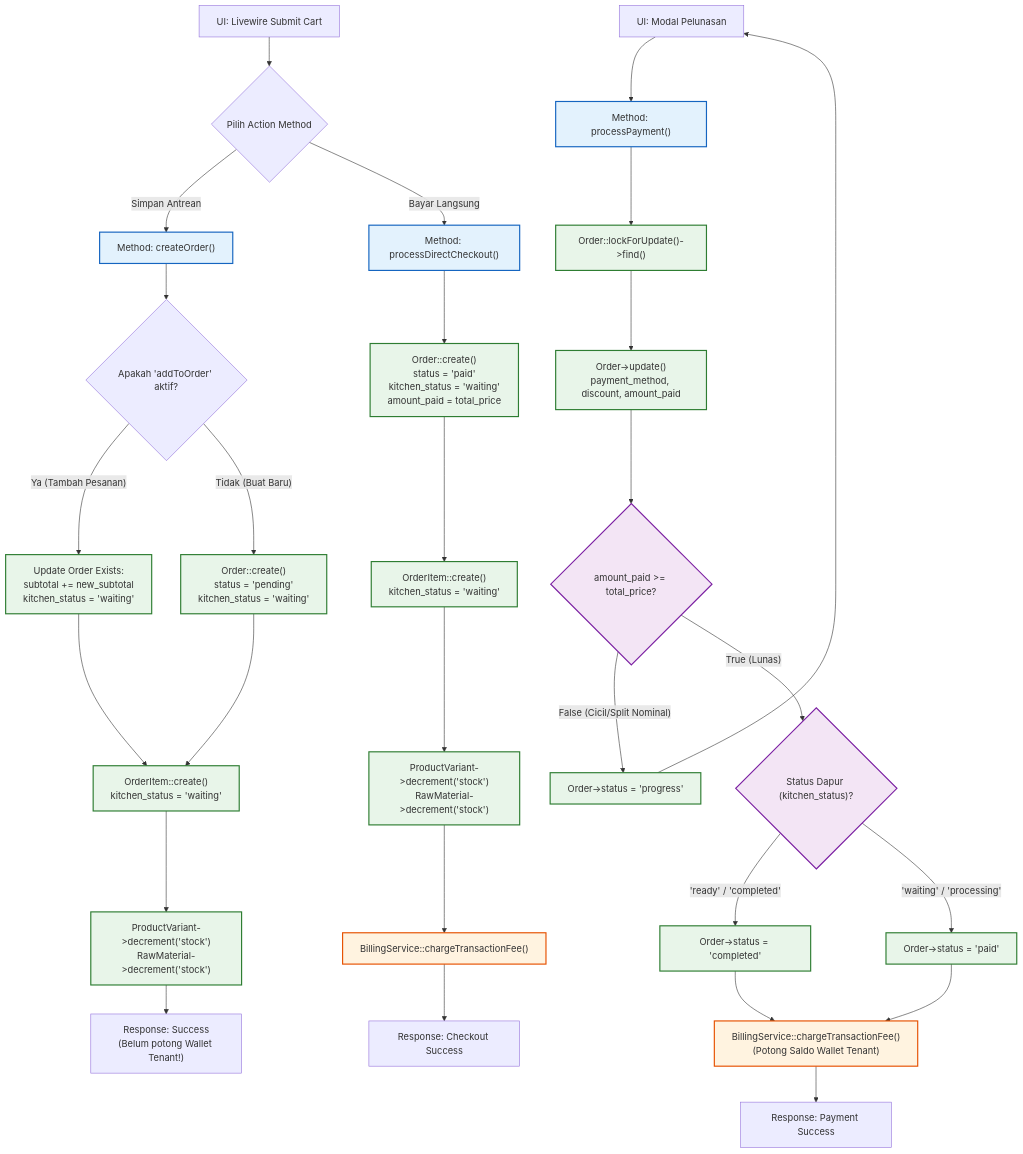
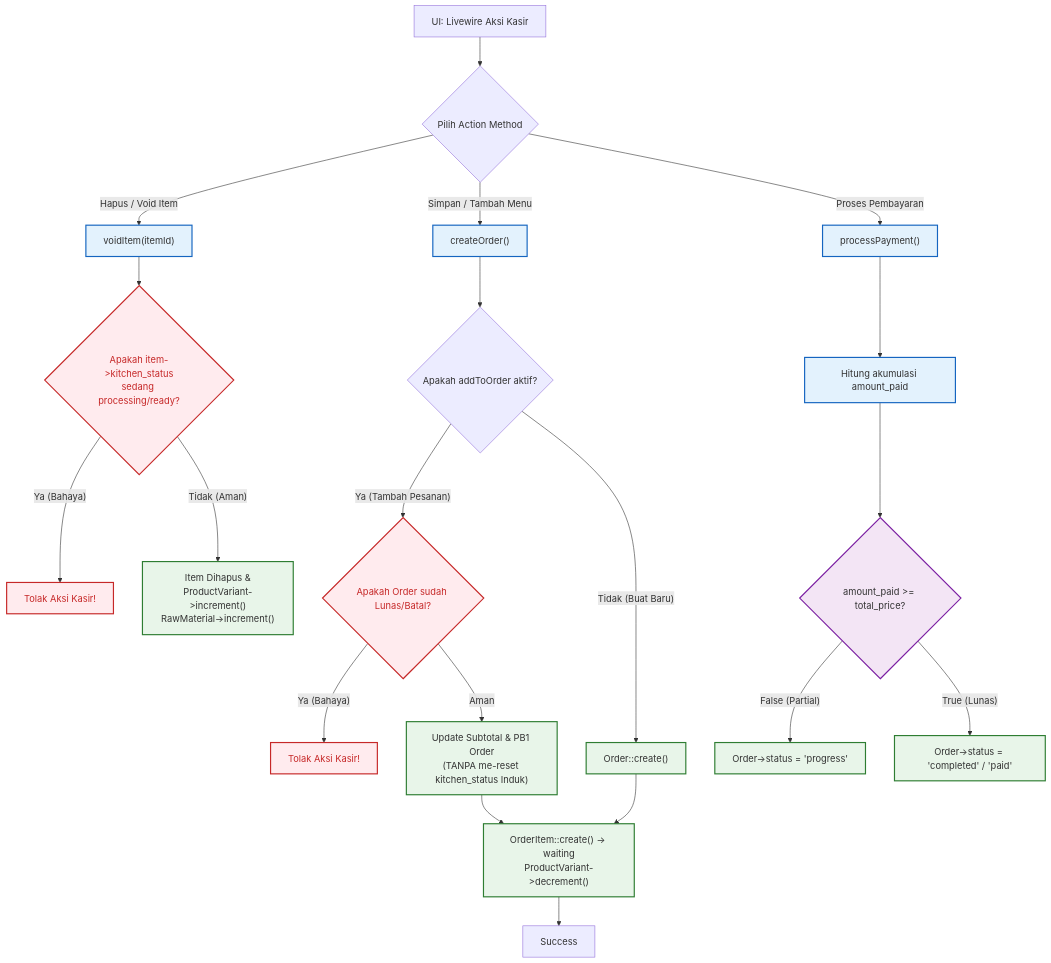
One commit to ngopikode/pakaiapp-dash changed the second of 2 diagrams in POS_RESTO_FLOWCHART_ANAYSIS.md. Above: the diagram before and after it, drawn with Mermaid. The commit also changed other lines of this file and 1 other file, not shown here.

Commit message:
docs: update POS flowcharts to reflect new enterprise features and validations

````diff
--- a/POS_RESTO_FLOWCHART_ANAYSIS.md
+++ b/POS_RESTO_FLOWCHART_ANAYSIS.md
@@ -96,60 +80,43 @@
 ```mermaid
 flowchart TD
     %% Styling
     classDef method fill:#e3f2fd,stroke:#1565c0,stroke-width:2px;
     classDef db fill:#e8f5e9,stroke:#2e7d32,stroke-width:2px;
-    classDef svc fill:#fff3e0,stroke:#e65100,stroke-width:2px;
     classDef check fill:#f3e5f5,stroke:#7b1fa2,stroke-width:2px;
-    classDef warning fill:#ffebee,stroke:#c62828,stroke-width:2px,color:#c62828;
+    classDef security fill:#ffebee,stroke:#c62828,stroke-width:2px,color:#c62828;
 
-    UI[UI: Livewire Submit Cart] --> Branch{Pilih Action Method}
+    UI[UI: Livewire Aksi Kasir] --> Branch{Pilih Action Method}
 
     %% ==========================================
-    %% JALUR A: createOrder() -> OPEN BILL
+    %% JALUR VOID & KEAMANAN
     %% ==========================================
-    Branch -- "Simpan Antrean" --> M1["Method: createOrder()"]:::method
+    Branch -- "Hapus / Void Item" --> M_Void["voidItem(itemId)"]:::method
+    M_Void --> CekFraud1{"Apakah item->kitchen_status<br>sedang processing/ready?"}:::security
+    CekFraud1 -- "Ya (Bahaya)" --> Reject1["Tolak Aksi Kasir!"]:::security
+    CekFraud1 -- "Tidak (Aman)" --> RestoreStock["Item Dihapus &<br>ProductVariant->increment()<br>RawMaterial->increment()"]:::db
     
-    M1 --> CekEdit{Apakah 'addToOrder' aktif?}
+    %% ==========================================
+    %% JALUR CREATE / TAMBAH MENU
+    %% ==========================================
+    Branch -- "Simpan / Tambah Menu" --> M1["createOrder()"]:::method
+    M1 --> CekEdit{Apakah addToOrder aktif?}
     
-    %% Jika Tambah Pesanan
-    CekEdit -- "Ya (Tambah Pesanan)" --> M1_A["Update Order Exists:<br/>subtotal += new_subtotal<br/>kitchen_status = 'waiting'"]:::db
+    CekEdit -- "Ya (Tambah Pesanan)" --> CekFraud2{"Apakah Order sudah Lunas/Batal?"}:::security
+    CekFraud2 -- "Ya (Bahaya)" --> Reject2["Tolak Aksi Kasir!"]:::security
+    CekFraud2 -- "Aman" --> M1_A["Update Subtotal & PB1 Order<br/>(TANPA me-reset kitchen_status Induk)"]:::db
     
-    %% Jika Buat Baru
-    CekEdit -- "Tidak (Buat Baru)" --> M1_B["Order::create()<br/>status = 'pending'<br/>kitchen_status = 'waiting'"]:::db
+    CekEdit -- "Tidak (Buat Baru)" --> M1_B["Order::create()"]:::db
     
-    M1_A --> DB_Items1
-    M1_B --> DB_Items1
-    
-    DB_Items1["OrderItem::create()<br/>kitchen_status = 'waiting'"]:::db --> DB_Stock1
-    
-    DB_Stock1["ProductVariant->decrement('stock')<br/>RawMaterial->decrement('stock')"]:::db --> SelesaiA["Response: Success<br/>(Belum potong Wallet Tenant!)"]
-
-    %% Pelunasan Open Bill
-    UIPay[UI: Modal Pelunasan] --> M3["Method: processPayment()"]:::method
-    M3 --> DB_Lock["Order::lockForUpdate()->find()"]:::db
-    DB_Lock --> DB_PayUpdate["Order->update()<br/>payment_method, discount, amount_paid"]:::db
-    
-    DB_PayUpdate --> CheckPaid{"amount_paid >= total_price?"}:::check
-    
-    CheckPaid -- "False (Cicil/Split Nominal)" --> SplitDB["Order->status = 'progress'"]:::db
-    SplitDB --> UIPay
-    
-    CheckPaid -- "True (Lunas)" --> StatusLunas{"Status Dapur (kitchen_status)?"}:::check
-    StatusLunas -- "'ready' / 'completed'" --> DB_Compl["Order->status = 'completed'"]:::db
-    StatusLunas -- "'waiting' / 'processing'" --> DB_Paid["Order->status = 'paid'"]:::db
-    
-    DB_Compl --> SVC1
-    DB_Paid --> SVC1
-    
-    SVC1["BillingService::chargeTransactionFee()<br/>(Potong Saldo Wallet Tenant)"]:::svc --> SelesaiA2["Response: Payment Success"]
+    M1_A --> DB_Items
+    M1_B --> DB_Items
+    DB_Items["OrderItem::create() -> waiting<br/>ProductVariant->decrement()"]:::db --> SelesaiCreate["Success"]
 
     %% ==========================================
-    %% JALUR B: processDirectCheckout() -> BAYAR LANGSUNG
+    %% JALUR PELUNASAN / PARTIAL
     %% ==========================================
-    Branch -- "Bayar Langsung" --> M4["Method: processDirectCheckout()"]:::method
-    M4 --> DB_CreateDirect["Order::create()<br/>status = 'paid'<br/>kitchen_status = 'waiting'<br/>amount_paid = total_price"]:::db
-    DB_CreateDirect --> DB_Items2["OrderItem::create()<br/>kitchen_status = 'waiting'"]:::db
-    DB_Items2 --> DB_Stock2["ProductVariant->decrement('stock')<br/>RawMaterial->decrement('stock')"]:::db
-    DB_Stock2 --> SVC2["BillingService::chargeTransactionFee()"]:::svc
-    SVC2 --> SelesaiB["Response: Checkout Success"]
+    Branch -- "Proses Pembayaran" --> M_Pay["processPayment()"]:::method
+    M_Pay --> Accumulate["Hitung akumulasi amount_paid"]:::method
+    Accumulate --> CheckPaid{"amount_paid >= total_price?"}:::check
+    CheckPaid -- "False (Partial)" --> StatusProgress["Order->status = 'progress'"]:::db
+    CheckPaid -- "True (Lunas)" --> StatusLunas["Order->status = 'completed' / 'paid'"]:::db
 ```
````
